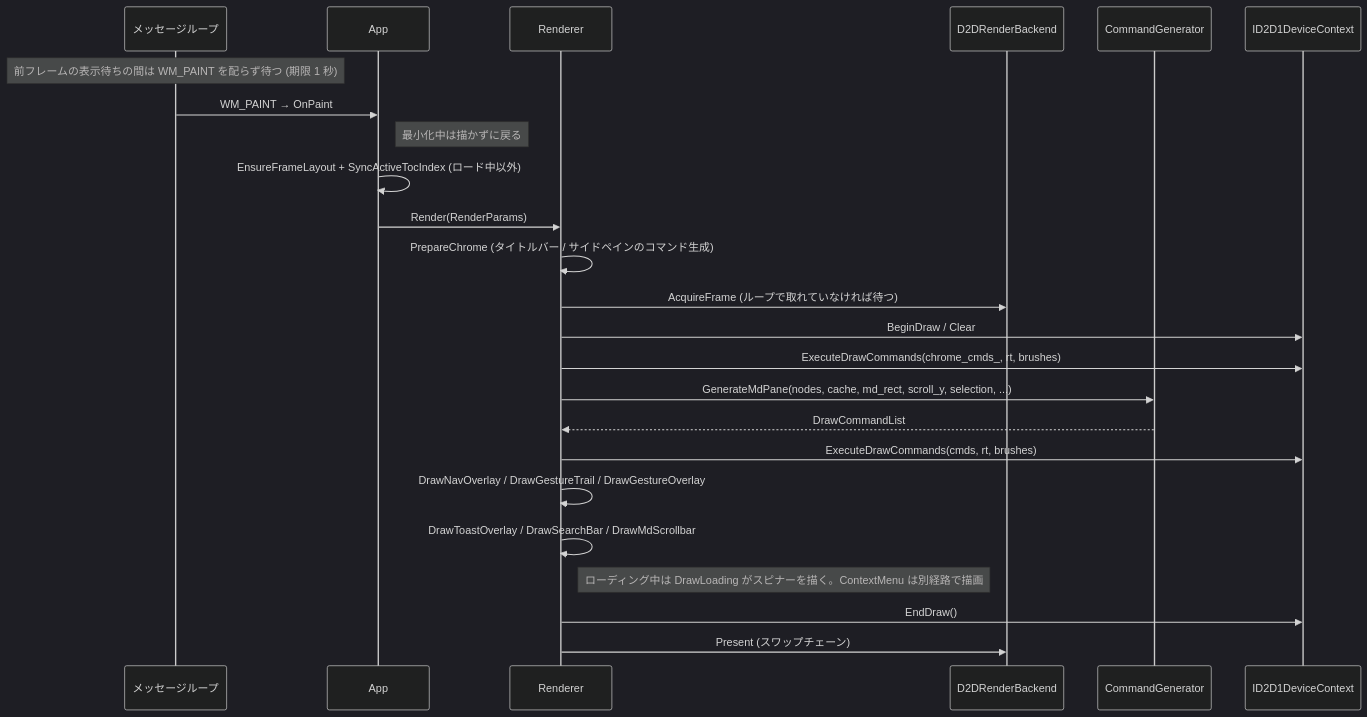
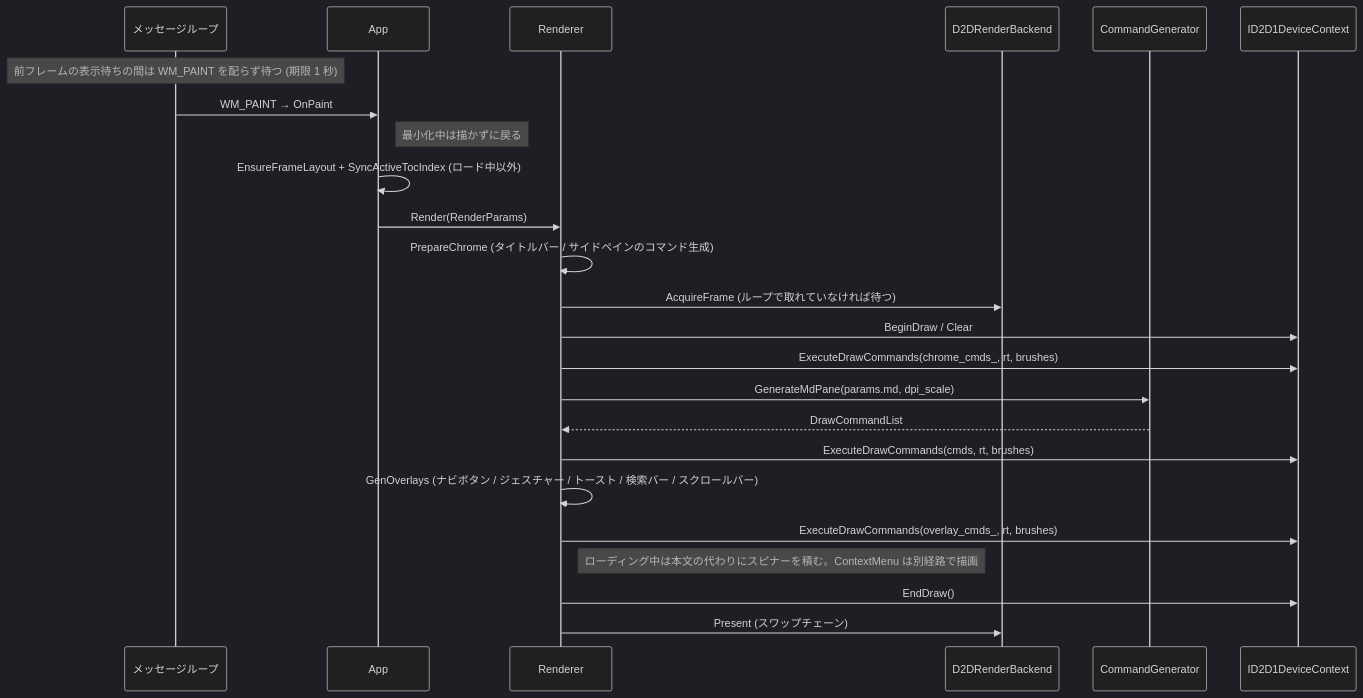
Before and after one commit to tanaton/mendo: diagram 19 of 27 in example/test.md, drawn with Mermaid (dark theme). The commit also changed other lines of this file and 161 other files, not shown here.

````diff
--- a/example/test.md
+++ b/example/test.md
@@ -3207,27 +3122,27 @@
 ```mermaid
 sequenceDiagram
     participant ML as メッセージループ
     participant APP as App
     participant R as Renderer
     participant BE as D2DRenderBackend
     participant CG as CommandGenerator
     participant RT as ID2D1DeviceContext
 
     Note over ML: 前フレームの表示待ちの間は WM_PAINT を配らず待つ (期限 1 秒)
     ML->>APP: WM_PAINT → OnPaint
     Note right of APP: 最小化中は描かずに戻る
     APP->>APP: EnsureFrameLayout + SyncActiveTocIndex (ロード中以外)
     APP->>R: Render(RenderParams)
     R->>R: PrepareChrome (タイトルバー / サイドペインのコマンド生成)
     R->>BE: AcquireFrame (ループで取れていなければ待つ)
     R->>RT: BeginDraw / Clear
     R->>RT: ExecuteDrawCommands(chrome_cmds_, rt, brushes)
-    R->>CG: GenerateMdPane(nodes, cache, md_rect, scroll_y, selection, ...)
+    R->>CG: GenerateMdPane(params.md, dpi_scale)
     CG-->>R: DrawCommandList
     R->>RT: ExecuteDrawCommands(cmds, rt, brushes)
-    R->>R: DrawNavOverlay / DrawGestureTrail / DrawGestureOverlay
-    R->>R: DrawToastOverlay / DrawSearchBar / DrawMdScrollbar
-    Note right of R: ローディング中は DrawLoading がスピナーを描く。ContextMenu は別経路で描画
+    R->>R: GenOverlays (ナビボタン / ジェスチャー / トースト / 検索バー / スクロールバー)
+    R->>RT: ExecuteDrawCommands(overlay_cmds_, rt, brushes)
+    Note right of R: ローディング中は本文の代わりにスピナーを積む。ContextMenu は別経路で描画
     R->>RT: EndDraw()
     R->>BE: Present (スワップチェーン)
 ```
````
